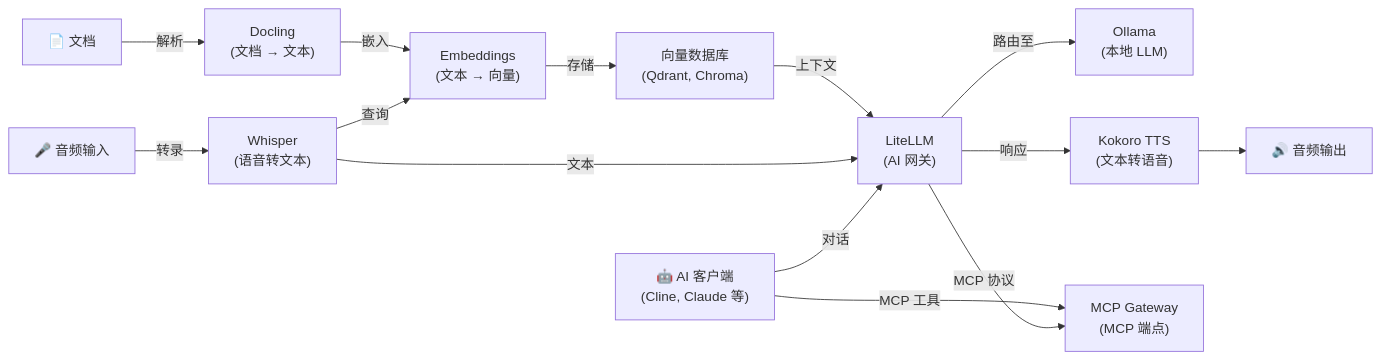
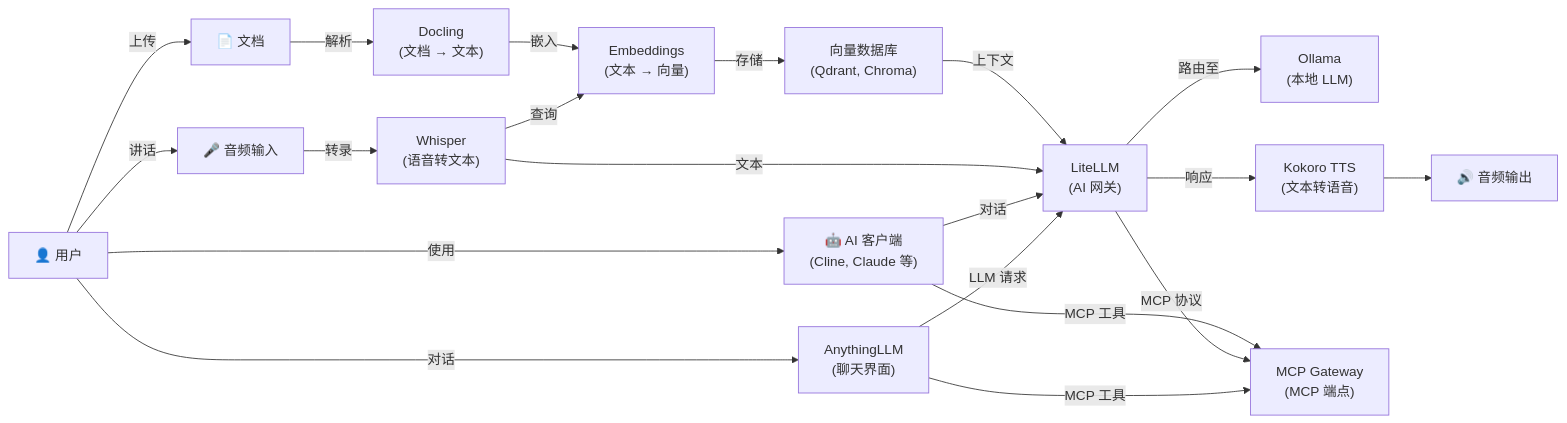
One commit to hwdsl2/self-hosted-ai-stack changed the diagram in README-zh.md. Above: the diagram before and after it, drawn with Mermaid. The commit also changed 7 other files, not shown here.

````diff
--- a/README-zh.md
+++ b/README-zh.md
@@ -38,16 +38,22 @@
 ```mermaid
 graph LR
     A["🎤 音频输入"] -->|转录| W["Whisper<br/>(语音转文本)"]
     D["📄 文档"] -->|解析| DC["Docling<br/>(文档 → 文本)"]
     DC -->|嵌入| E["Embeddings<br/>(文本 → 向量)"]
     E -->|存储| VDB["向量数据库<br/>(Qdrant, Chroma)"]
     W -->|查询| E
     VDB -->|上下文| L["LiteLLM<br/>(AI 网关)"]
     W -->|文本| L
     L -->|路由至| O["Ollama<br/>(本地 LLM)"]
     L -->|响应| T["Kokoro TTS<br/>(文本转语音)"]
     T --> B["🔊 音频输出"]
     C["🤖 AI 客户端<br/>(Cline, Claude 等)"] -->|MCP 工具| M["MCP Gateway<br/>(MCP 端点)"]
     C -->|对话| L
     L -->|MCP 协议| M
+    U["👤 用户"] -->|对话| AN["AnythingLLM<br/>(聊天界面)"]
+    AN -->|LLM 请求| L
+    AN -->|MCP 工具| M
+    U -->|使用| C
+    U -->|讲话| A
+    U -->|上传| D
 ```
````
